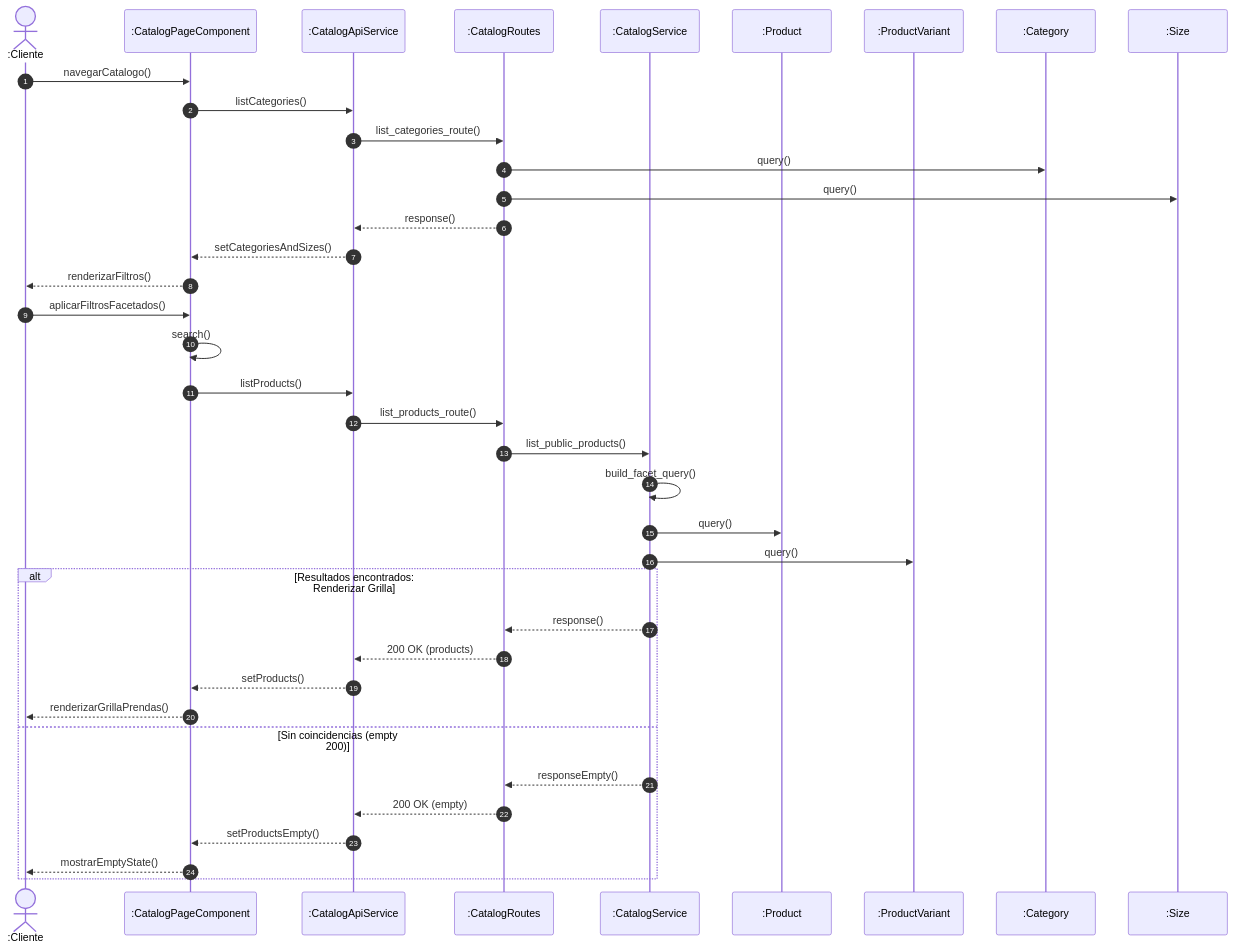
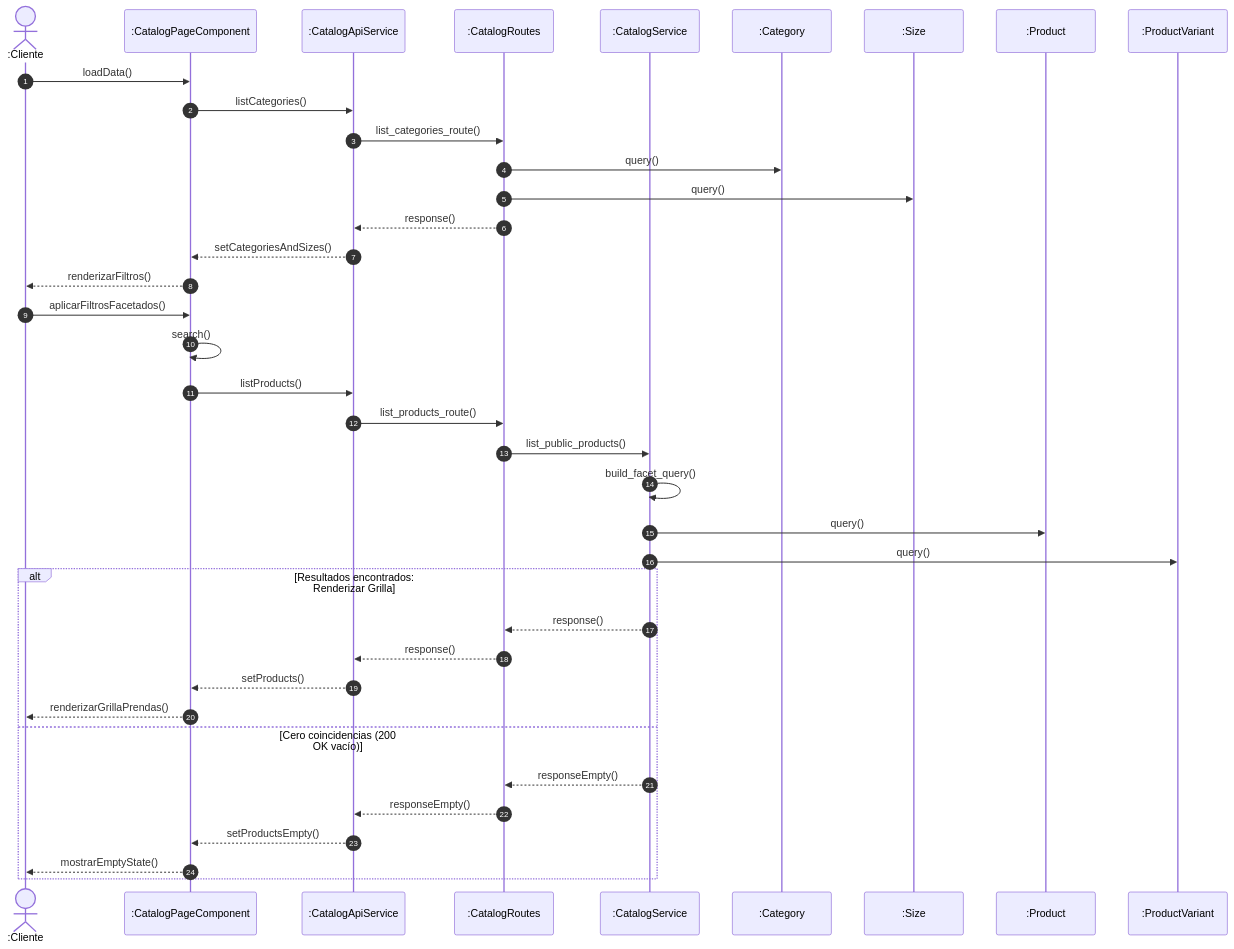
The tenth of 26 diagrams in docsUML/SEQUENCE_DIAGRAM_GUIDE.md (RSofi12/Saas-ecommerce), drawn with Mermaid before and after one commit. The commit also changed other lines of this file and 3 other files, not shown here.

Commit message:
uml: diagramas mejorados, de secuencia pres 1

````diff
--- a/docsUML/SEQUENCE_DIAGRAM_GUIDE.md
+++ b/docsUML/SEQUENCE_DIAGRAM_GUIDE.md
@@ -852,45 +852,45 @@
 ```mermaid
 sequenceDiagram
     autonumber
     actor User as :Cliente
     participant UI_Page as :CatalogPageComponent
     participant UI_Api as :CatalogApiService
     participant Ctrl_Routes as :CatalogRoutes
     participant Ctrl_Svc as :CatalogService
+    participant Ent_Cat as :Category
+    participant Ent_Size as :Size
     participant Ent_Prod as :Product
     participant Ent_Var as :ProductVariant
-    participant Ent_Cat as :Category
-    participant Ent_Size as :Size
 
-    %% FASE 1: Consulta Inicial y Carga de Filtros
-    User->>UI_Page: navegarCatalogo()
+    %% FASE 1: Consulta Inicial y Carga de Filtros Facetados
+    User->>UI_Page: loadData()
     UI_Page->>UI_Api: listCategories()
     UI_Api->>Ctrl_Routes: list_categories_route()
     Ctrl_Routes->>Ent_Cat: query()
     Ctrl_Routes->>Ent_Size: query()
     Ctrl_Routes-->>UI_Api: response()
     UI_Api-->>UI_Page: setCategoriesAndSizes()
     UI_Page-->>User: renderizarFiltros()
 
     %% FASE 2: Búsqueda Facetada Combinada
     User->>UI_Page: aplicarFiltrosFacetados()
     UI_Page->>UI_Page: search()
     UI_Page->>UI_Api: listProducts()
     UI_Api->>Ctrl_Routes: list_products_route()
     Ctrl_Routes->>Ctrl_Svc: list_public_products()
     Ctrl_Svc->>Ctrl_Svc: build_facet_query()
     Ctrl_Svc->>Ent_Prod: query()
     Ctrl_Svc->>Ent_Var: query()
 
     alt Resultados encontrados: Renderizar Grilla
         Ctrl_Svc-->>Ctrl_Routes: response()
-        Ctrl_Routes-->>UI_Api: 200 OK (products)
+        Ctrl_Routes-->>UI_Api: response()
         UI_Api-->>UI_Page: setProducts()
         UI_Page-->>User: renderizarGrillaPrendas()
-    else Sin coincidencias (empty 200)
+    else Cero coincidencias (200 OK vacío)
         Ctrl_Svc-->>Ctrl_Routes: responseEmpty()
-        Ctrl_Routes-->>UI_Api: 200 OK (empty)
+        Ctrl_Routes-->>UI_Api: responseEmpty()
         UI_Api-->>UI_Page: setProductsEmpty()
         UI_Page-->>User: mostrarEmptyState()
     end
 ```
````
